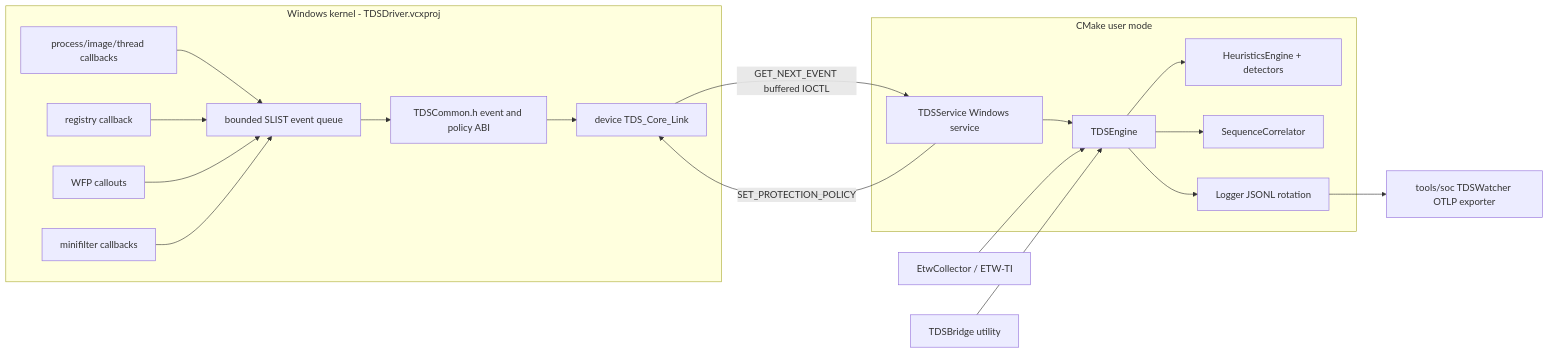
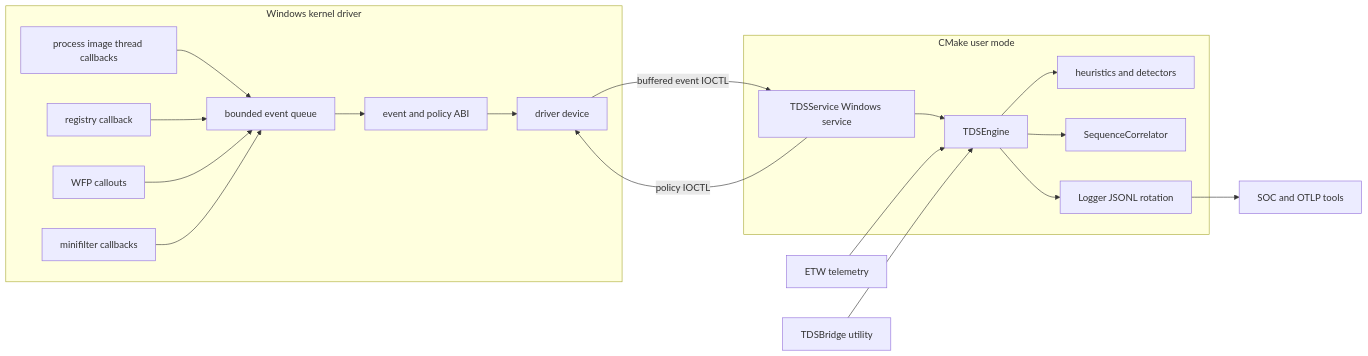
One commit to genesisgzdev/threat-detection-suite changed the first of 2 diagrams in docs/ARCHITECTURE.md. Above: the diagram before and after it, drawn with Mermaid.

Commit message:
Fix GitHub Mermaid diagrams

```diff
--- a/docs/ARCHITECTURE.md
+++ b/docs/ARCHITECTURE.md
@@ -11,32 +11,32 @@
 ~~~mermaid
 flowchart LR
-    subgraph KERNEL[Windows kernel - TDSDriver.vcxproj]
-      PROC[process/image/thread callbacks]
+    subgraph KERNEL[Windows kernel driver]
+      PROC[process image thread callbacks]
       REG[registry callback]
       NET[WFP callouts]
       MINI[minifilter callbacks]
-      Q[bounded SLIST event queue]
-      ABI[TDSCommon.h event and policy ABI]
-      DEV[device TDS_Core_Link]
+      Q[bounded event queue]
+      ABI[event and policy ABI]
+      DEV[driver device]
       PROC --> Q
       REG --> Q
       NET --> Q
       MINI --> Q
       Q --> ABI --> DEV
     end
     subgraph USER[CMake user mode]
       S[TDSService Windows service]
       E[TDSEngine]
-      H[HeuristicsEngine + detectors]
+      H[heuristics and detectors]
       C[SequenceCorrelator]
       L[Logger JSONL rotation]
       S --> E --> H
       E --> C
       E --> L
     end
-    DEV -->|GET_NEXT_EVENT buffered IOCTL| S
-    S -->|SET_PROTECTION_POLICY| DEV
-    ETW[EtwCollector / ETW-TI] --> E
+    DEV -->|buffered event IOCTL| S
+    S -->|policy IOCTL| DEV
+    ETW[ETW telemetry] --> E
     B[TDSBridge utility] --> E
-    L --> SOC[tools/soc TDSWatcher OTLP exporter]
+    L --> SOC[SOC and OTLP tools]
 ~~~
```
